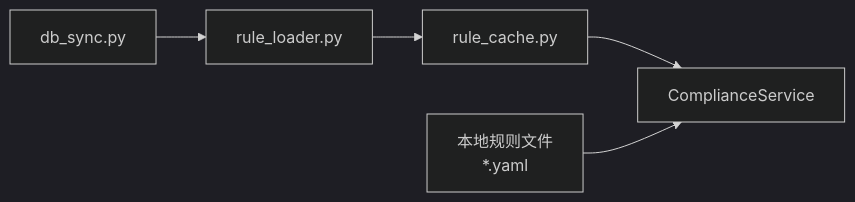
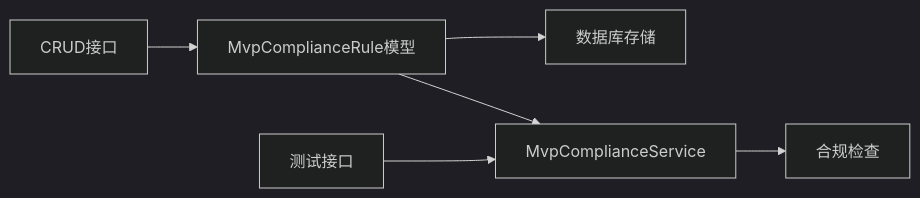
Before and after one commit to dream-ze/AI_huoke-: the fourth of 5 diagrams in .qoder/repowiki/zh/content/AI内容处理系统/合规性检查.md, drawn with Mermaid (dark theme). The commit also changed other lines of this file and 220 other files, not shown here.

````diff
--- a/.qoder/repowiki/zh/content/AI内容处理系统/合规性检查.md
+++ b/.qoder/repowiki/zh/content/AI内容处理系统/合规性检查.md
@@ -246,7 +241,8 @@
 ```mermaid
 graph LR
-DL["rule_loader.py"] --> RC["rule_cache.py"]
-RC --> CS["ComplianceService"]
-DB["db_sync.py"] --> DL
-LS["本地规则文件<br/>*.yaml"] --> CS
+CRUD["CRUD接口"] --> Model["MvpComplianceRule模型"]
+Model --> DB["数据库存储"]
+Model --> Service["MvpComplianceService"]
+Service --> Check["合规检查"]
+Test["测试接口"] --> Service
 ```
````
